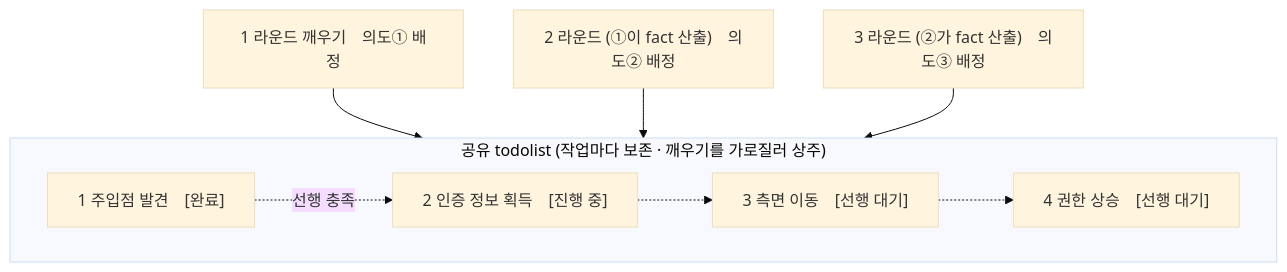
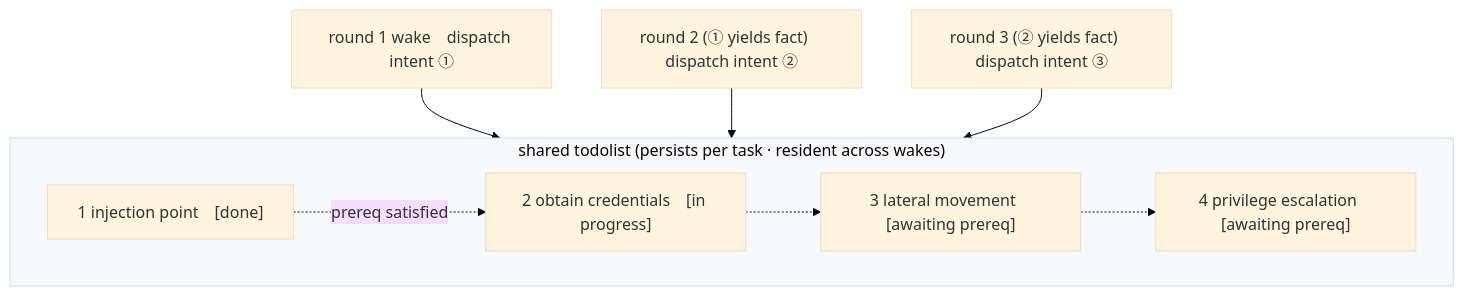
One commit to gh-agent3/artex-global changed the fifth of 5 diagrams in README.md. Above: the diagram before and after it, drawn with Mermaid (base theme). The commit also changed other lines of this file and 44 other files, not shown here.

````diff
--- a/README.md
+++ b/README.md
@@ -330,14 +324,14 @@
 ```mermaid
 flowchart TB
-  subgraph TODO["공유 todolist (작업마다 보존 · 깨우기를 가로질러 상주)"]
+  subgraph TODO["shared todolist (persists per task · resident across wakes)"]
     direction LR
-    T1["1 주입점 발견　[완료]"]
-    T2["2 인증 정보 획득　[진행 중]"]
-    T3["3 측면 이동　[선행 대기]"]
-    T4["4 권한 상승　[선행 대기]"]
-    T1 -. 선행 충족 .-> T2 -.-> T3 -.-> T4
+    T1["1 injection point　[done]"]
+    T2["2 obtain credentials　[in progress]"]
+    T3["3 lateral movement　[awaiting prereq]"]
+    T4["4 privilege escalation　[awaiting prereq]"]
+    T1 -. prereq satisfied .-> T2 -.-> T3 -.-> T4
   end
-  R1["1 라운드 깨우기　의도① 배정"] --> T1
-  R2["2 라운드 (①이 fact 산출)　의도② 배정"] --> T2
-  R3["3 라운드 (②가 fact 산출)　의도③ 배정"] --> T3
+  R1["round 1 wake　dispatch intent ①"] --> T1
+  R2["round 2 (① yields fact)　dispatch intent ②"] --> T2
+  R3["round 3 (② yields fact)　dispatch intent ③"] --> T3
 ```
````
